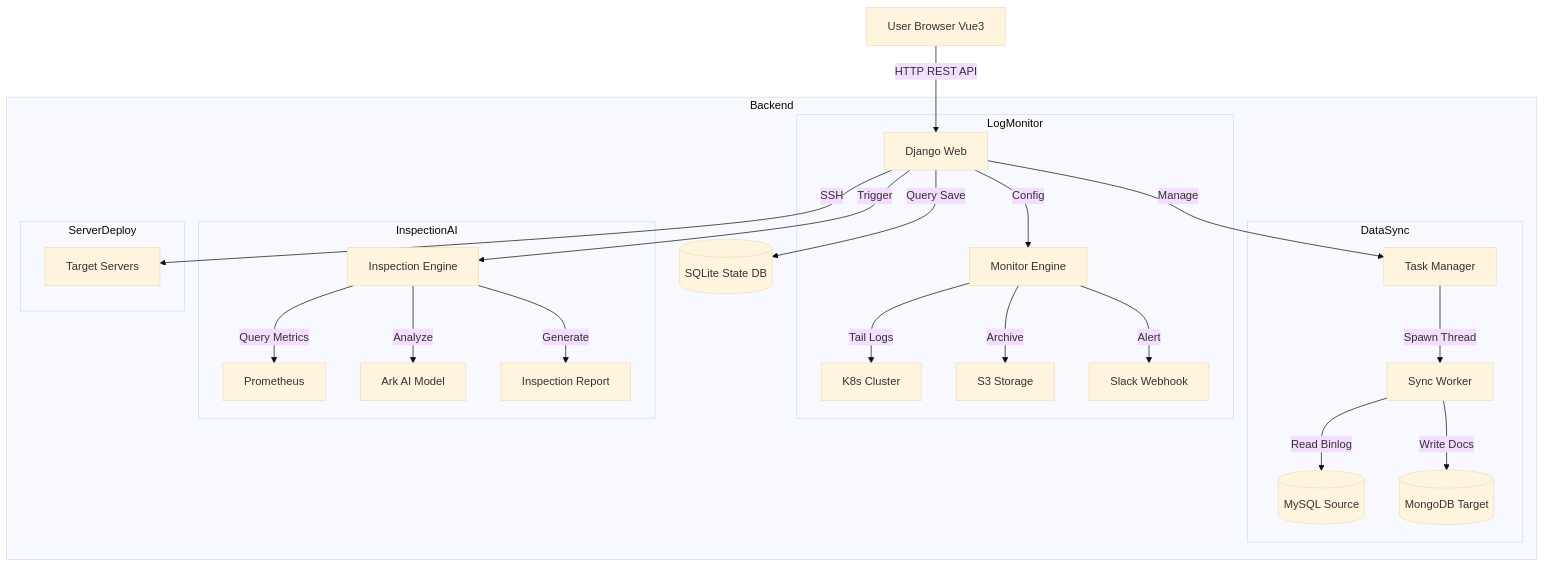
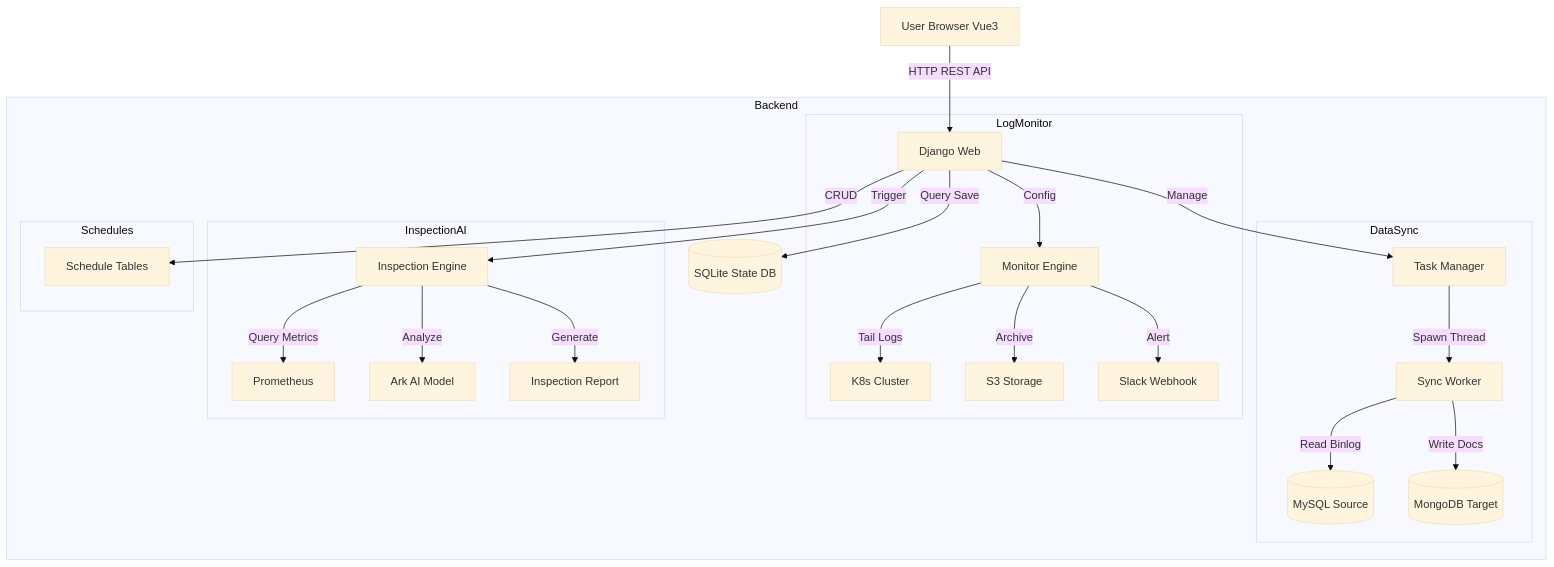
The diagram in README.md (z35834491-cmyk/mysql_to_mongo), drawn with Mermaid (base theme) before and after one commit. The commit also changed other lines of this file and 6 other files, not shown here.

````diff
--- a/README.md
+++ b/README.md
@@ -52,33 +63,33 @@
 ```mermaid
 flowchart TD
     User[User Browser Vue3] -->|HTTP REST API| Web[Django Web]
     
     subgraph Backend
         Web -->|Manage| TM[Task Manager]
         Web -->|Query Save| DB[(SQLite State DB)]
         
         subgraph DataSync
             TM -->|Spawn Thread| Worker[Sync Worker]
             Worker -->|Read Binlog| MySQL[(MySQL Source)]
             Worker -->|Write Docs| Mongo[(MongoDB Target)]
         end
         
         subgraph LogMonitor
             Web -->|Config| MonEngine[Monitor Engine]
             MonEngine -->|Tail Logs| K8s[K8s Cluster]
             MonEngine -->|Archive| S3[S3 Storage]
             MonEngine -->|Alert| Slack[Slack Webhook]
         end
         
         subgraph InspectionAI
             Web -->|Trigger| InspEngine[Inspection Engine]
             InspEngine -->|Query Metrics| Prom[Prometheus]
             InspEngine -->|Analyze| AI[Ark AI Model]
             InspEngine -->|Generate| Report[Inspection Report]
         end
         
-        subgraph ServerDeploy
-            Web -->|SSH| Servers[Target Servers]
+        subgraph Schedules
+            Web -->|CRUD| SchedDB[Schedule Tables]
         end
     end
 ```
````
